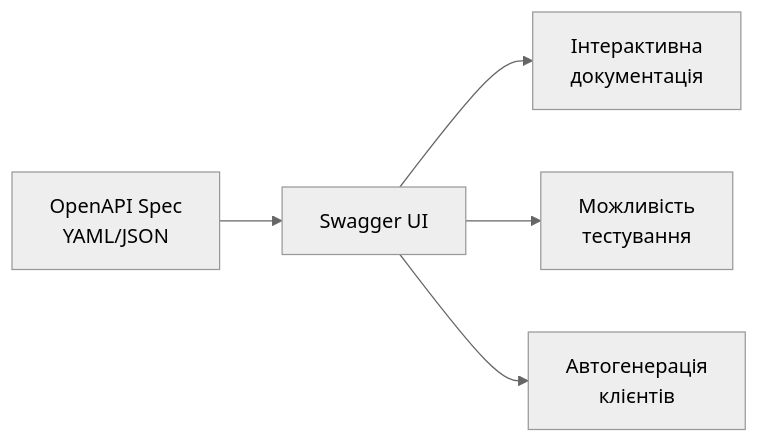
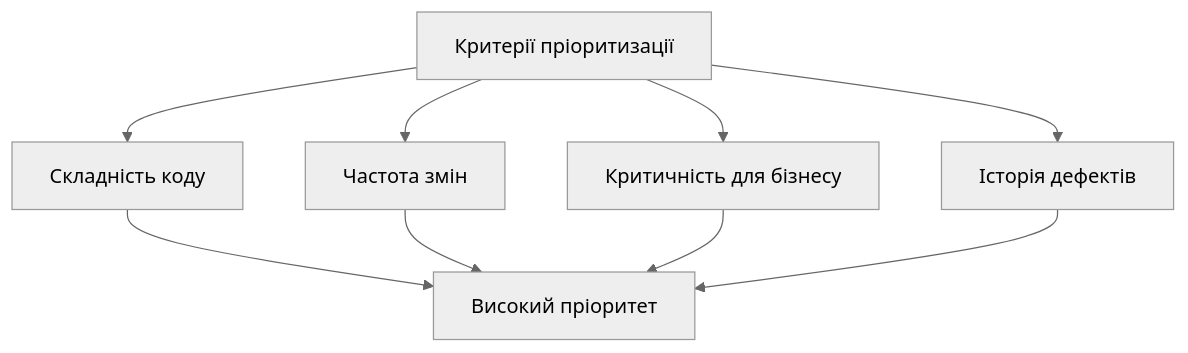
The seventh of 8 diagrams in docs/presentations/presentation-12.md (olroi421/course-opi), drawn with Mermaid (neutral theme) before and after one commit. The commit also changed other lines of this file and 8 other files, not shown here.

````diff
--- a/docs/presentations/presentation-12.md
+++ b/docs/presentations/presentation-12.md
@@ -664,7 +382,12 @@
 ```mermaid
-graph LR
-    A[OpenAPI Spec<br/>YAML/JSON] --> B[Swagger UI]
-    B --> C[Інтерактивна<br/>документація]
-    B --> D[Можливість<br/>тестування]
-    B --> E[Автогенерація<br/>клієнтів]
+graph TB
+    A[Критерії пріоритизації] --> B[Складність коду]
+    A --> C[Частота змін]
+    A --> D[Критичність для бізнесу]
+    A --> E[Історія дефектів]
+
+    B --> F[Високий пріоритет]
+    C --> F
+    D --> F
+    E --> F
 ```
````
